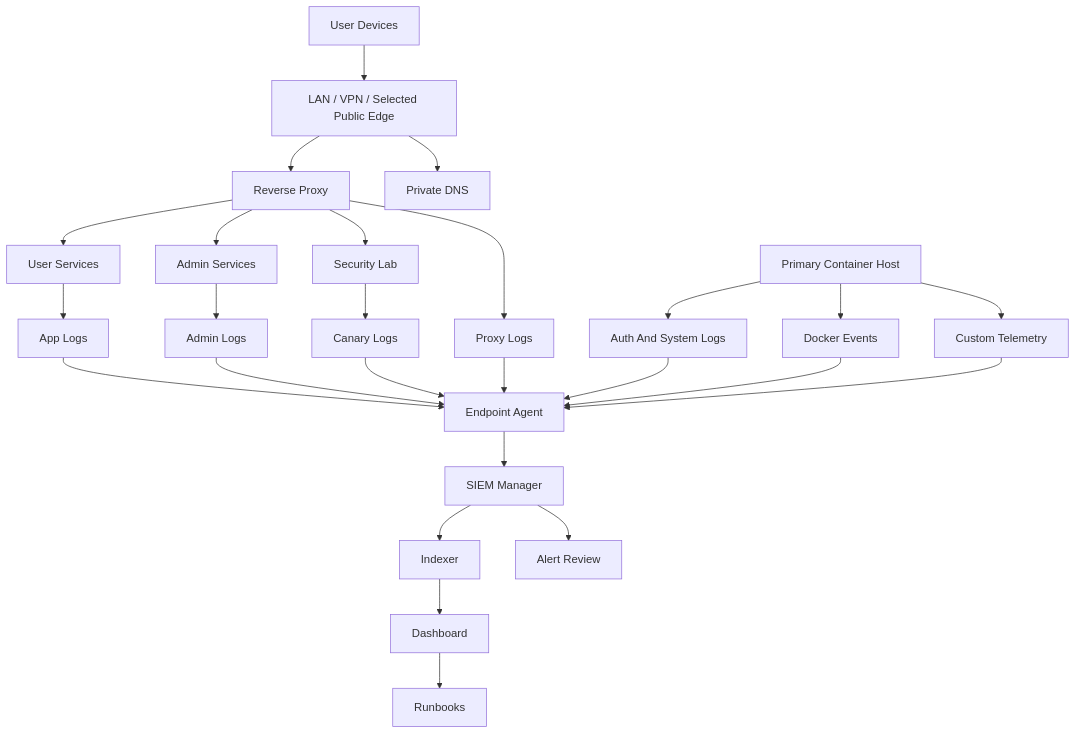
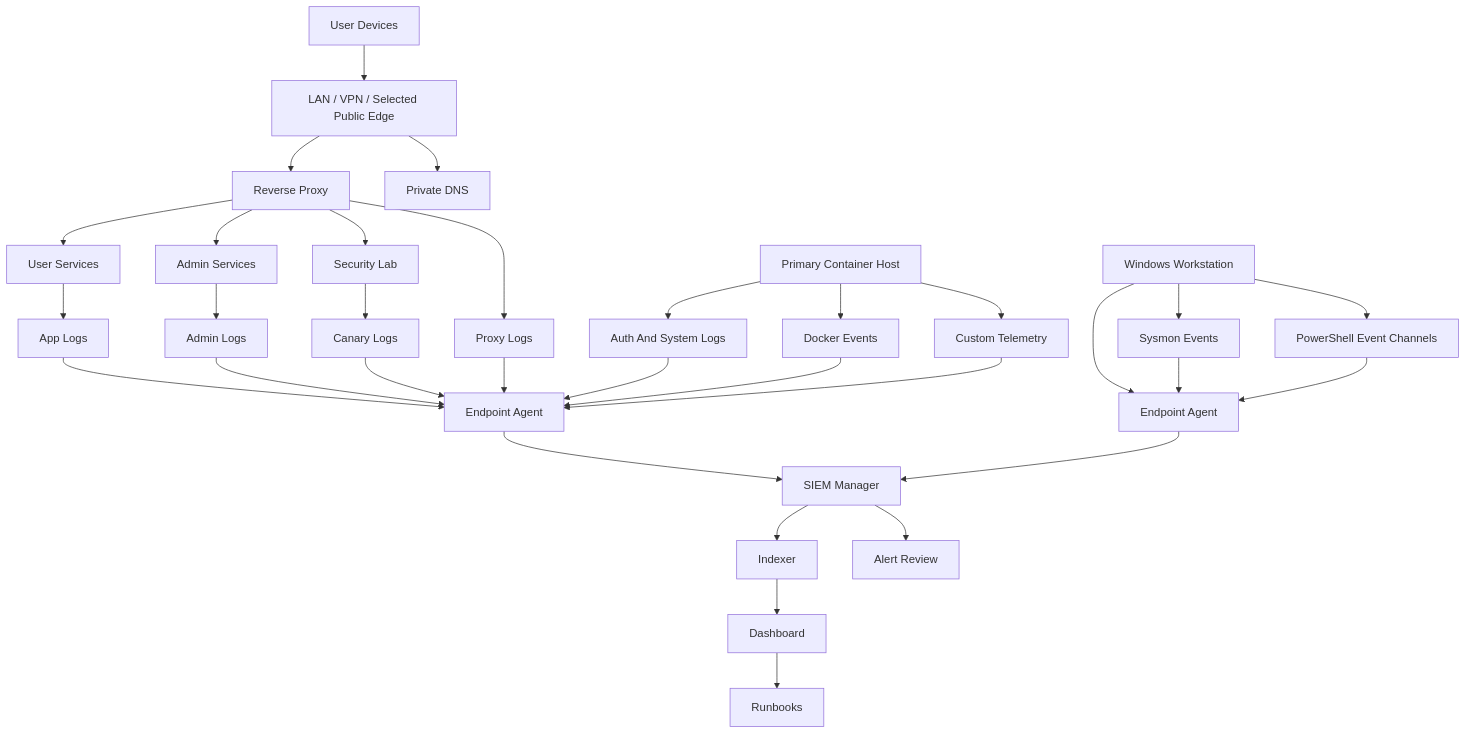
One commit to AngryAtom/tempest-lab-systems changed the diagram in diagrams/siem-telemetry-architecture.mmd. Above: the diagram before and after it, drawn with Mermaid. The commit also changed 8 other files, not shown here.

```diff
--- a/diagrams/siem-telemetry-architecture.mmd
+++ b/diagrams/siem-telemetry-architecture.mmd
@@ -1,30 +1,36 @@
 flowchart TB
     users["User Devices"] --> edge["LAN / VPN / Selected Public Edge"]
     edge --> proxy["Reverse Proxy"]
     edge --> dns["Private DNS"]
 
     proxy --> apps["User Services"]
     proxy --> admin["Admin Services"]
     proxy --> lab["Security Lab"]
 
     apps --> appLogs["App Logs"]
     admin --> adminLogs["Admin Logs"]
     lab --> canaryLogs["Canary Logs"]
     proxy --> proxyLogs["Proxy Logs"]
     host["Primary Container Host"] --> authLogs["Auth And System Logs"]
     host --> dockerEvents["Docker Events"]
     host --> customTelemetry["Custom Telemetry"]
+    workstation["Windows Workstation"] --> endpointAgent["Endpoint Agent"]
+    workstation --> sysmon["Sysmon Events"]
+    workstation --> powershell["PowerShell Event Channels"]
 
     appLogs --> agent["Endpoint Agent"]
     adminLogs --> agent
     canaryLogs --> agent
     proxyLogs --> agent
     authLogs --> agent
     dockerEvents --> agent
     customTelemetry --> agent
+    sysmon --> endpointAgent
+    powershell --> endpointAgent
 
     agent --> manager["SIEM Manager"]
+    endpointAgent --> manager
     manager --> indexer["Indexer"]
     indexer --> dashboard["Dashboard"]
     manager --> alerts["Alert Review"]
     dashboard --> runbooks["Runbooks"]
```
